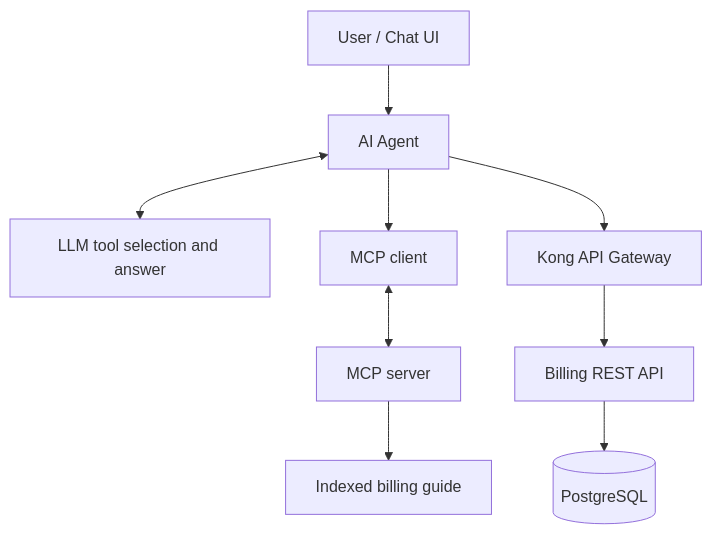
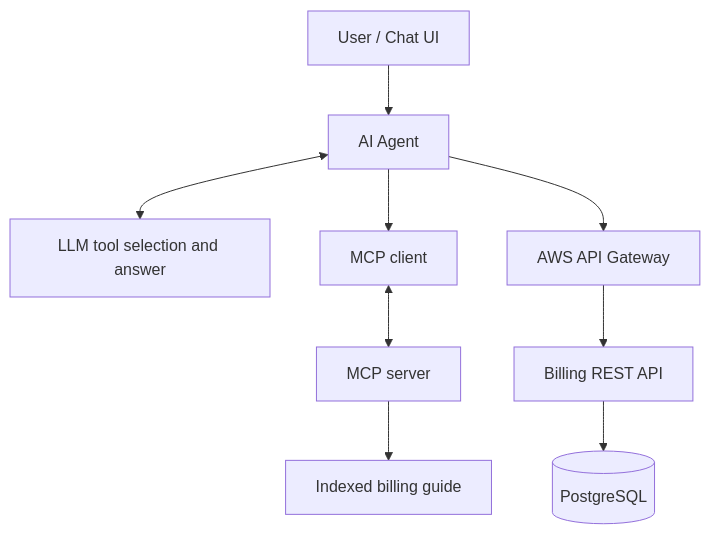
One commit to Berat-Guclu/se4458-billing-assistant changed the first of 2 diagrams in README.md. Above: the diagram before and after it, drawn with Mermaid. The commit also changed other lines of this file and 9 other files, not shown here.

First line of the commit message:
Route REST calls through AWS API Gateway instead of Kong.

````diff
--- a/README.md
+++ b/README.md
@@ -9,11 +9,11 @@
 ```mermaid
 flowchart TD
   user[User / Chat UI] --> agent[AI Agent]
   agent <--> llm[LLM tool selection and answer]
   agent --> mcpClient[MCP client]
   mcpClient <--> mcp[MCP server]
   mcp --> guide[Indexed billing guide]
-  agent --> gateway[Kong API Gateway]
+  agent --> gateway[AWS API Gateway]
   gateway --> api[Billing REST API]
   api --> db[(PostgreSQL)]
 ```
````
